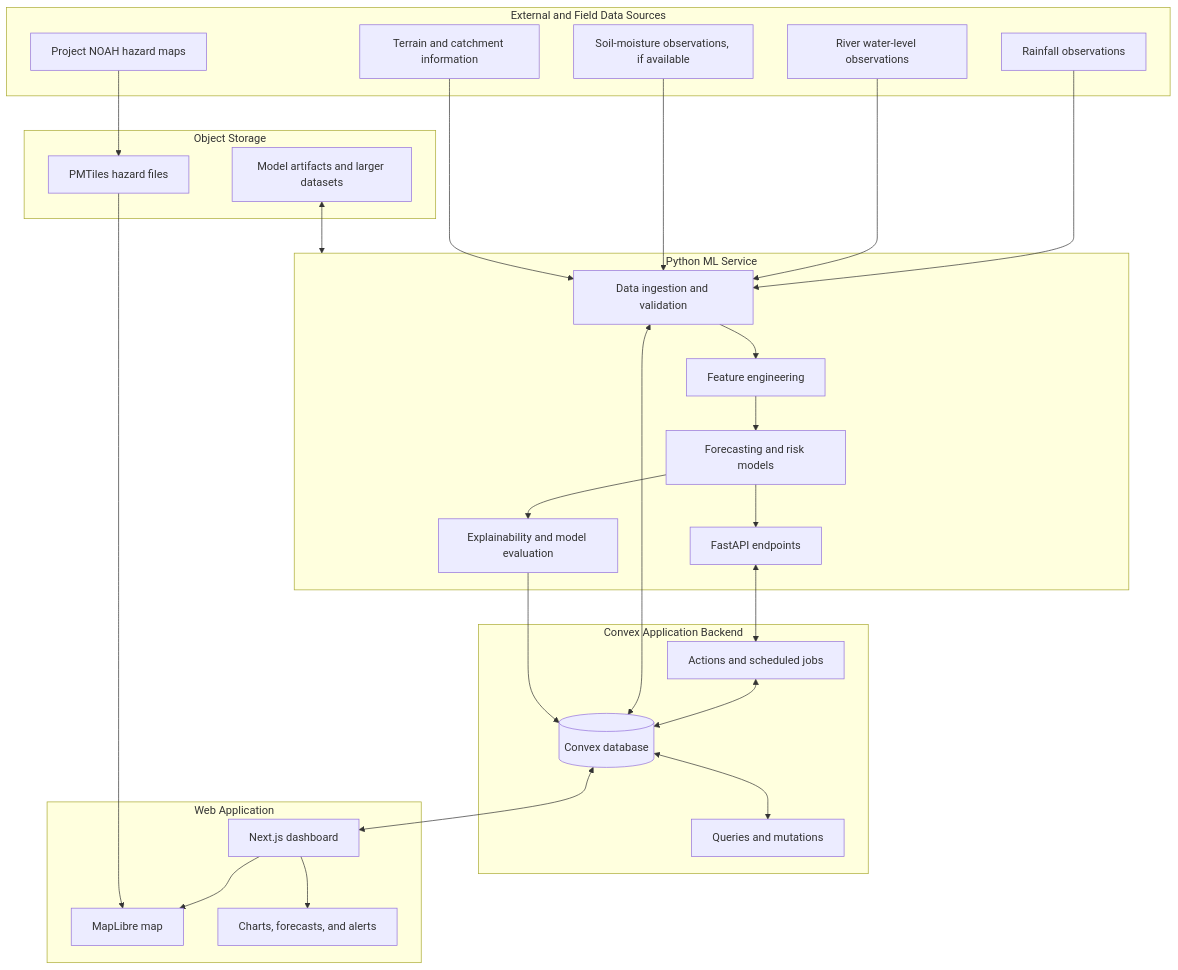
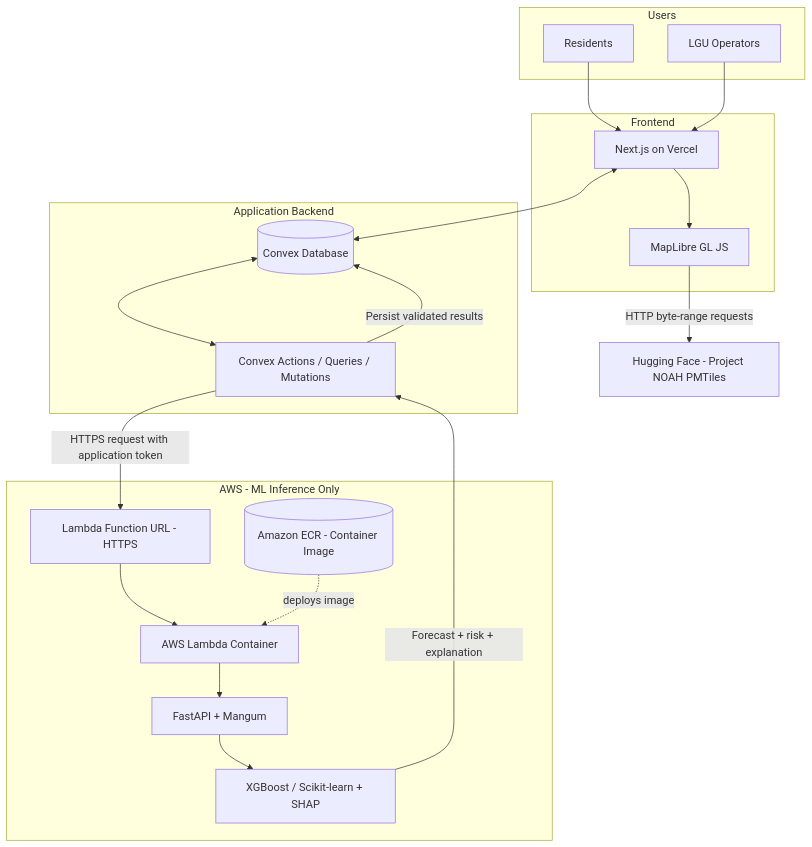
One commit to ZealStyx/RiverGuard-dev changed the first of 4 diagrams in README.md. Above: the diagram before and after it, drawn with Mermaid. The commit also changed other lines of this file and 1 other file, not shown here.

First line of the commit message:
Document RiverGuard minimal AWS architecture

````diff
--- a/README.md
+++ b/README.md
@@ -91,53 +121,41 @@
 ```mermaid
-flowchart TD
-    subgraph Sources[External and Field Data Sources]
-        R[Rainfall observations]
-        W[River water-level observations]
-        S[Soil-moisture observations, if available]
-        N[Project NOAH hazard maps]
-        T[Terrain and catchment information]
+flowchart TB
+    subgraph USERS[Users]
+        RES[Residents]
+        LGU[LGU Operators]
     end
 
-    subgraph ML[Python ML Service]
-        I[Data ingestion and validation]
-        F[Feature engineering]
-        M[Forecasting and risk models]
-        X[Explainability and model evaluation]
-        API[FastAPI endpoints]
-        I --> F --> M --> X
-        M --> API
+    subgraph WEB[Frontend]
+        VERCEL[Next.js on Vercel]
+        MAP[MapLibre GL JS]
     end
 
-    subgraph Backend[Convex Application Backend]
-        C[(Convex database)]
-        Q[Queries and mutations]
-        A[Actions and scheduled jobs]
-        C <--> Q
-        A <--> C
+    subgraph APP[Application Backend]
+        CONVEX[(Convex Database)]
+        ACTIONS[Convex Actions / Queries / Mutations]
     end
 
-    subgraph Storage[Object Storage]
-        O[PMTiles hazard files]
-        P[Model artifacts and larger datasets]
+    subgraph AWS[AWS - ML Inference Only]
+        URL[Lambda Function URL - HTTPS]
+        LAMBDA[AWS Lambda Container]
+        FASTAPI[FastAPI + Mangum]
+        MODEL[XGBoost / Scikit-learn + SHAP]
+        ECR[(Amazon ECR - Container Image)]
     end
 
-    subgraph Web[Web Application]
-        UI[Next.js dashboard]
-        MAP[MapLibre map]
-        CH[Charts, forecasts, and alerts]
-        UI --> MAP
-        UI --> CH
-    end
+    NOAH[Hugging Face - Project NOAH PMTiles]
 
-    R --> I
-    W --> I
-    S --> I
-    T --> I
-    I <--> C
-    API <--> A
-    X --> C
-    N --> O
-    P <--> ML
-    C <--> UI
-    O --> MAP
+    RES --> VERCEL
+    LGU --> VERCEL
+    VERCEL <--> CONVEX
+    VERCEL --> MAP
+    MAP -->|HTTP byte-range requests| NOAH
+    CONVEX <--> ACTIONS
+    ACTIONS -->|HTTPS request with application token| URL
+    URL --> LAMBDA
+    LAMBDA --> FASTAPI
+    FASTAPI --> MODEL
+    MODEL -->|Forecast + risk + explanation| ACTIONS
+    ACTIONS -->|Persist validated results| CONVEX
+    ECR -. deploys image .-> LAMBDA
 ```
````
